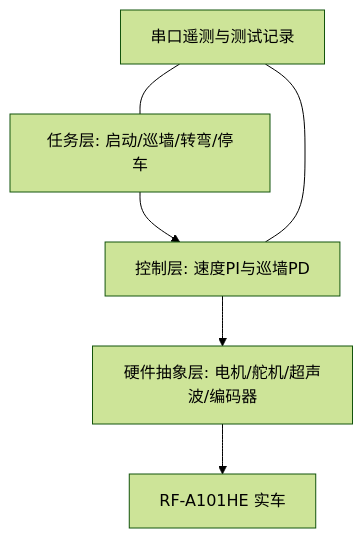
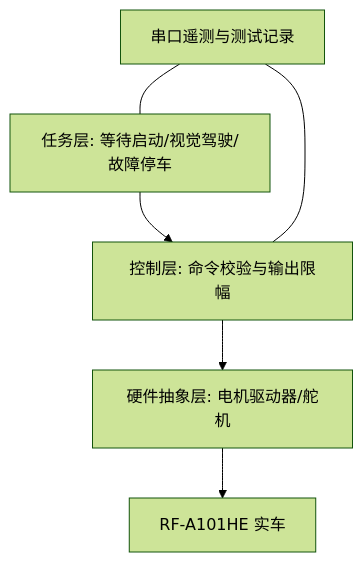
Before and after one commit to chinaxueyuannew/wro2026-nanjingBSSN: the second of 3 diagrams in other其他/software-architecture.md, drawn with Mermaid (forest theme). The commit also changed other lines of this file and 20 other files, not shown here.

````diff
--- a/other其他/software-architecture.md
+++ b/other其他/software-architecture.md
@@ -33,8 +37,8 @@
 ```mermaid
 flowchart TB
-  APP[任务层: 启动/巡墙/转弯/停车] --> CTRL[控制层: 速度PI与巡墙PD]
-  CTRL --> HAL[硬件抽象层: 电机/舵机/超声波/编码器]
+  APP[任务层: 等待启动/视觉驾驶/故障停车] --> CTRL[控制层: 命令校验与输出限幅]
+  CTRL --> HAL[硬件抽象层: 电机驱动器/舵机]
   HAL --> HW[RF-A101HE 实车]
   LOG[串口遥测与测试记录] --- APP
   LOG --- CTRL
 ```
````
